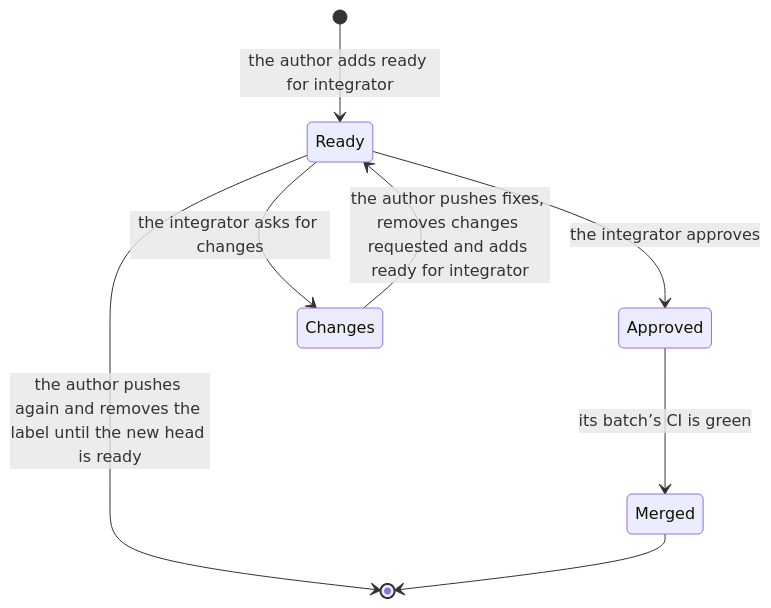
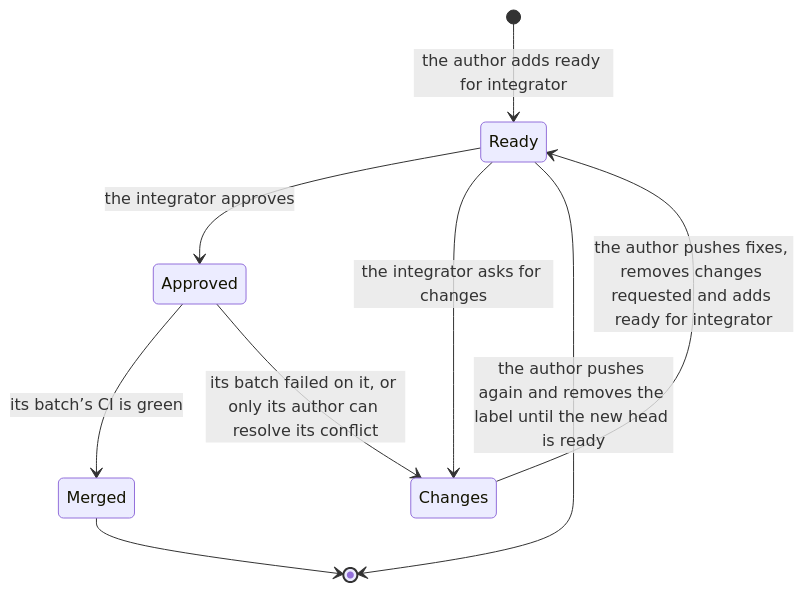
Before and after one commit to HJeon139/postbox: the diagram in CONTRIBUTING.md, drawn with Mermaid. The commit also changed other lines of this file and 3 other files, not shown here.

````diff
--- a/CONTRIBUTING.md
+++ b/CONTRIBUTING.md
@@ -50,10 +50,11 @@
 ```mermaid
 stateDiagram-v2
     [*] --> Ready: the author adds ready for integrator
     Ready --> Approved: the integrator approves
     Ready --> Changes: the integrator asks for changes
     Changes --> Ready: the author pushes fixes, removes changes requested and adds ready for integrator
     Ready --> [*]: the author pushes again and removes the label until the new head is ready
     Approved --> Merged: its batch’s CI is green
+    Approved --> Changes: its batch failed on it, or only its author can resolve its conflict
     Merged --> [*]
 ```
````
